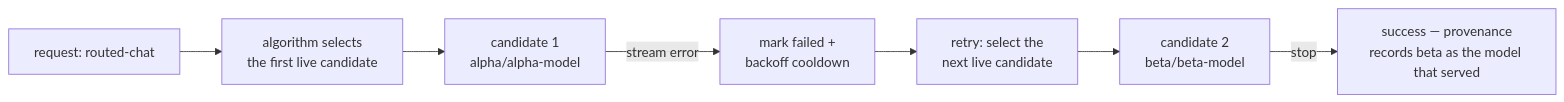
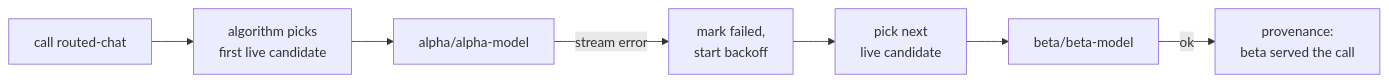
Before and after one commit to andrepontesmelo/dsh-model-router: the diagram in README.md, drawn with Mermaid. The commit also changed other lines of this file, not shown here.

````diff
--- a/README.md
+++ b/README.md
@@ -36,9 +28,9 @@
 ```mermaid
 flowchart LR
-    V["request: routed-chat"] --> P["algorithm selects<br>the first live candidate"]
-    P --> C1["candidate 1<br>alpha/alpha-model"]
-    C1 -- "stream error" --> F["mark failed +<br>backoff cooldown"]
-    F --> R["retry: select the<br>next live candidate"]
-    R --> C2["candidate 2<br>beta/beta-model"]
-    C2 -- "stop" --> OK["success — provenance<br>records beta as the model that served"]
+    V["call routed-chat"] --> P["algorithm picks<br>first live candidate"]
+    P --> C1["alpha/alpha-model"]
+    C1 -- "stream error" --> F["mark failed,<br>start backoff"]
+    F --> R["pick next<br>live candidate"]
+    R --> C2["beta/beta-model"]
+    C2 -- "ok" --> OK["provenance:<br>beta served the call"]
 ```
````
